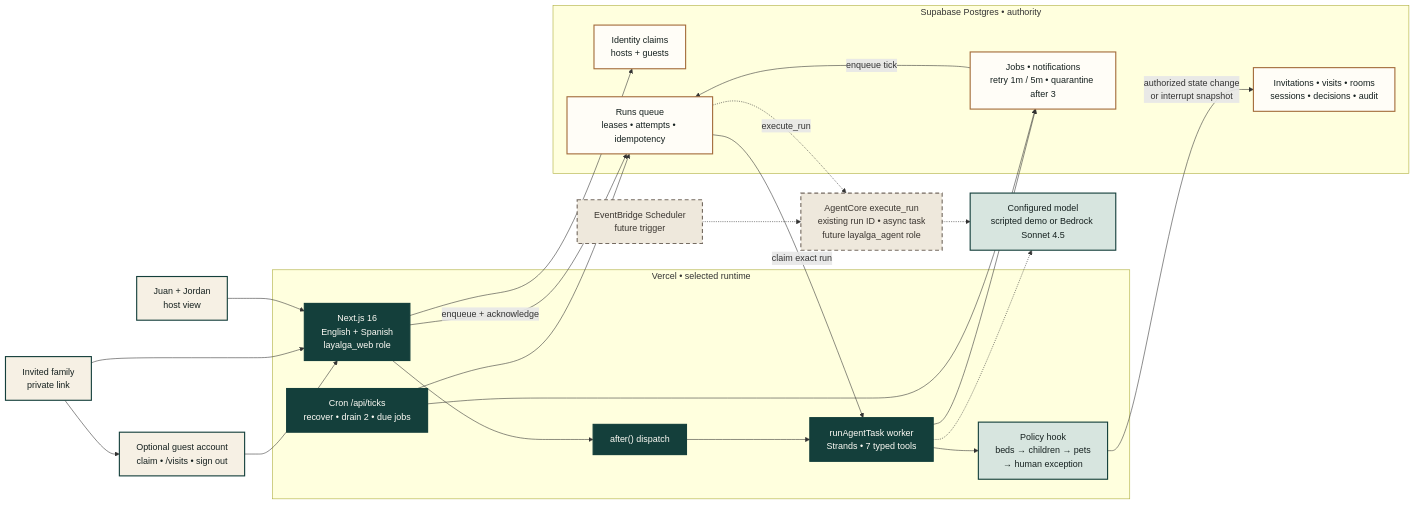
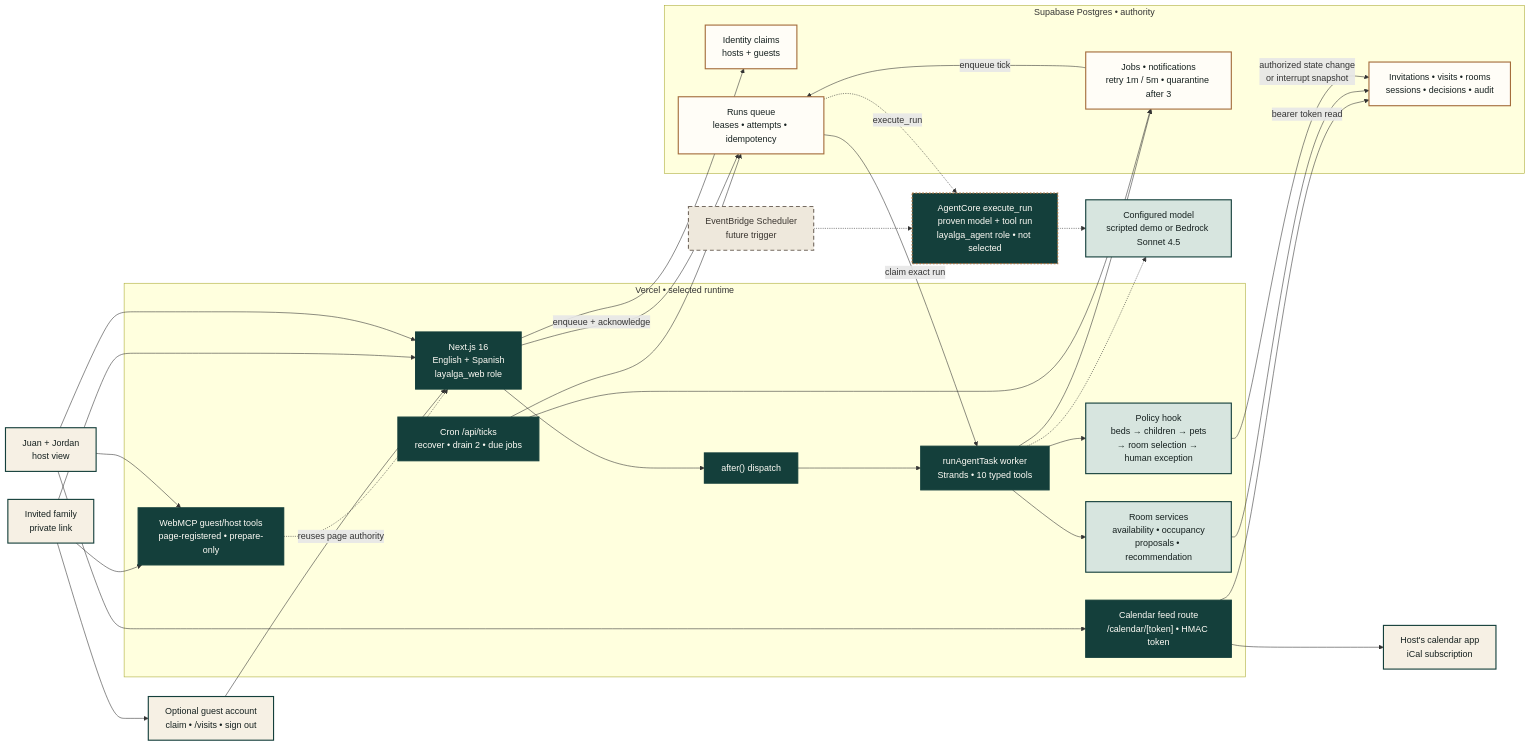
One commit to juan294/layalga changed the diagram in docs/architecture/layalga-architecture.mmd. Above: the diagram before and after it, drawn with Mermaid. The commit also changed 7 other files, not shown here.

First line of the commit message:
docs: refresh docs and architecture diagram for agent-first room coordination

```diff
--- a/docs/architecture/layalga-architecture.mmd
+++ b/docs/architecture/layalga-architecture.mmd
@@ -1,52 +1,66 @@
 flowchart LR
   host["Juan + Jordan<br/>host view"]
   guest["Invited family<br/>private link"]
   guestAccount["Optional guest account<br/>claim • /visits • sign out"]
+  calendarApp["Host's calendar app<br/>iCal subscription"]
 
   subgraph vercel["Vercel • selected runtime"]
     web["Next.js 16<br/>English + Spanish<br/>layalga_web role"]
     cron["Cron /api/ticks<br/>recover • drain 2 • due jobs"]
     dispatch["after() dispatch"]
-    worker["runAgentTask worker<br/>Strands • 7 typed tools"]
-    policy["Policy hook<br/>beds → children → pets<br/>→ human exception"]
+    worker["runAgentTask worker<br/>Strands • 10 typed tools"]
+    policy["Policy hook<br/>beds → children → pets<br/>→ room selection → human exception"]
+    rooms["Room services<br/>availability • occupancy<br/>proposals • recommendation"]
+    webmcp["WebMCP guest/host tools<br/>page-registered • prepare-only"]
+    calendarFeed["Calendar feed route<br/>/calendar/[token] • HMAC token"]
   end
 
   subgraph data["Supabase Postgres • authority"]
     identity["Identity claims<br/>hosts + guests"]
     queue["Runs queue<br/>leases • attempts • idempotency"]
     state["Invitations • visits • rooms<br/>sessions • decisions • audit"]
     jobs["Jobs • notifications<br/>retry 1m / 5m • quarantine after 3"]
   end
 
   models["Configured model<br/>scripted demo or Bedrock Sonnet 4.5"]
-  agentcore["AgentCore execute_run<br/>existing run ID • async task<br/>future layalga_agent role"]
+  agentcore["AgentCore execute_run<br/>proven model + tool run<br/>layalga_agent role • not selected"]
   eventbridge["EventBridge Scheduler<br/>future trigger"]
 
   host --> web
   guest --> web
   guest --> guestAccount --> web
+  host --> webmcp
+  guest --> webmcp
+  webmcp -. "reuses page authority" .-> web
   web --> identity
   web -- "enqueue + acknowledge" --> queue
   web --> dispatch --> worker
   cron --> queue
   cron --> jobs
   jobs -- "enqueue tick" --> queue
   queue -- "claim exact run" --> worker
   worker --> policy
+  worker --> rooms
   policy -- "authorized state change<br/>or interrupt snapshot" --> state
+  rooms --> state
+  host --> calendarFeed
+  calendarFeed -- "bearer token read" --> state
+  calendarFeed --> calendarApp
   worker --> jobs
   worker -.-> models
   queue -. "execute_run" .-> agentcore
   eventbridge -.-> agentcore
   agentcore -.-> models
 
   classDef person fill:#f6f0e4,stroke:#143f3b,color:#15201f,stroke-width:2px;
   classDef app fill:#143f3b,stroke:#143f3b,color:#fffdf7,stroke-width:2px;
   classDef core fill:#d7e5df,stroke:#143f3b,color:#15201f,stroke-width:2px;
   classDef store fill:#fffdf7,stroke:#a46d3c,color:#15201f,stroke-width:2px;
   classDef future fill:#eee8dc,stroke:#756b61,color:#3a3530,stroke-width:2px,stroke-dasharray: 7 5;
-  class host,guest,guestAccount person;
-  class web,dispatch,worker,cron app;
-  class policy,models core;
+  classDef proven fill:#143f3b,stroke:#a46d3c,color:#fffdf7,stroke-width:2px,stroke-dasharray: 3 3;
+  class host,guest,guestAccount,calendarApp person;
+  class web,dispatch,worker,cron,webmcp,calendarFeed app;
+  class policy,models,rooms core;
   class identity,queue,state,jobs store;
-  class agentcore,eventbridge future;
+  class agentcore proven;
+  class eventbridge future;
```
